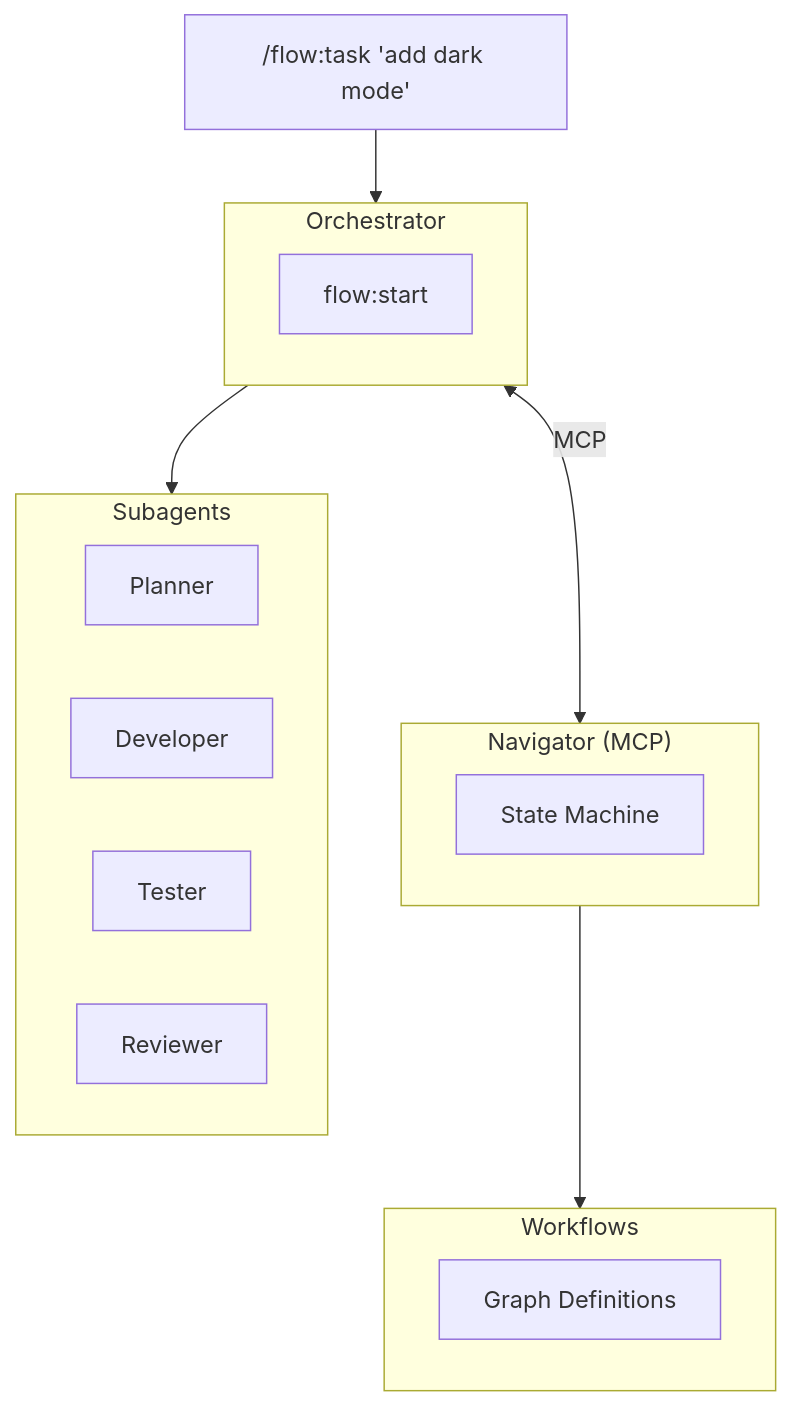
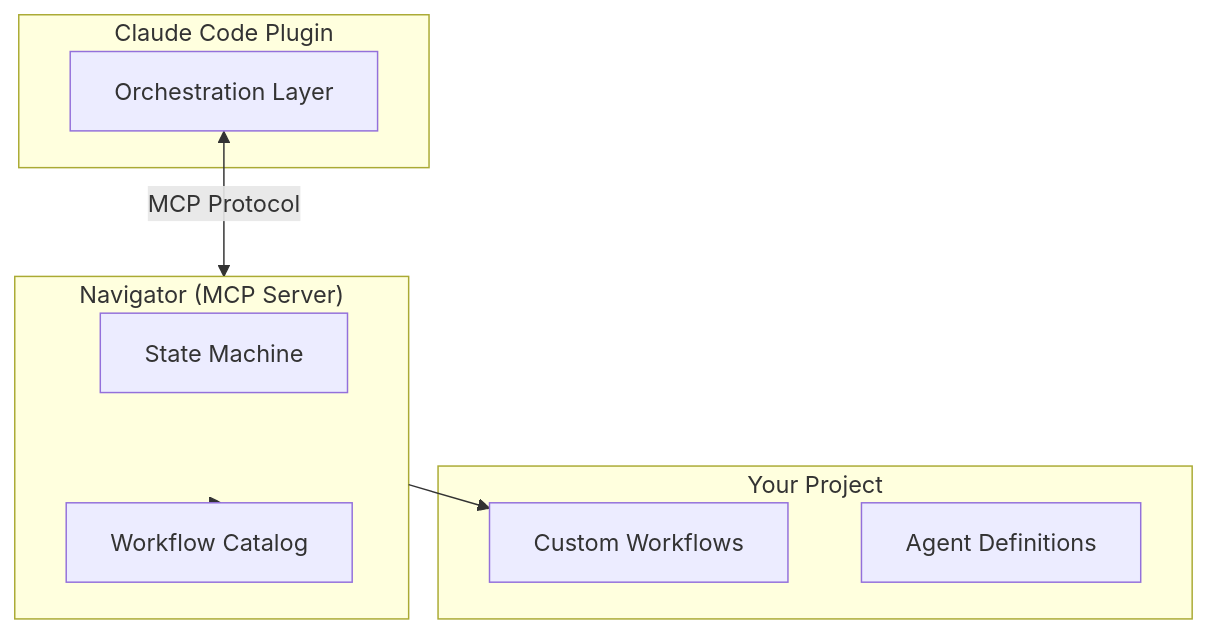
The diagram in README.md (leclabs/agent-toolkit), drawn with Mermaid before and after one commit. The commit also changed other lines of this file and 70 other files, not shown here.

````diff
--- a/README.md
+++ b/README.md
@@ -85,28 +31,20 @@
 ```mermaid
 flowchart TB
-    user["/flow:task 'add dark mode'"]
-
-    subgraph Orchestrator
-        start["flow:start"]
+    subgraph "Claude Code Plugin"
+        orchestrator["Orchestration Layer"]
     end
 
-    subgraph Navigator["Navigator (MCP)"]
+    subgraph Navigator["Navigator (MCP Server)"]
         sm["State Machine"]
+        catalog["Workflow Catalog"]
     end
 
-    subgraph Subagents
-        planner["Planner"]
-        developer["Developer"]
-        tester["Tester"]
-        reviewer["Reviewer"]
+    subgraph "Your Project"
+        workflows["Custom Workflows"]
+        agents["Agent Definitions"]
     end
 
-    subgraph Workflows
-        wf["Graph Definitions"]
-    end
-
-    user --> Orchestrator
-    Orchestrator <-->|MCP| Navigator
-    Orchestrator --> Subagents
-    Navigator --> Workflows
+    orchestrator <-->|MCP Protocol| Navigator
+    Navigator --> catalog
+    Navigator --> workflows
 ```
````
